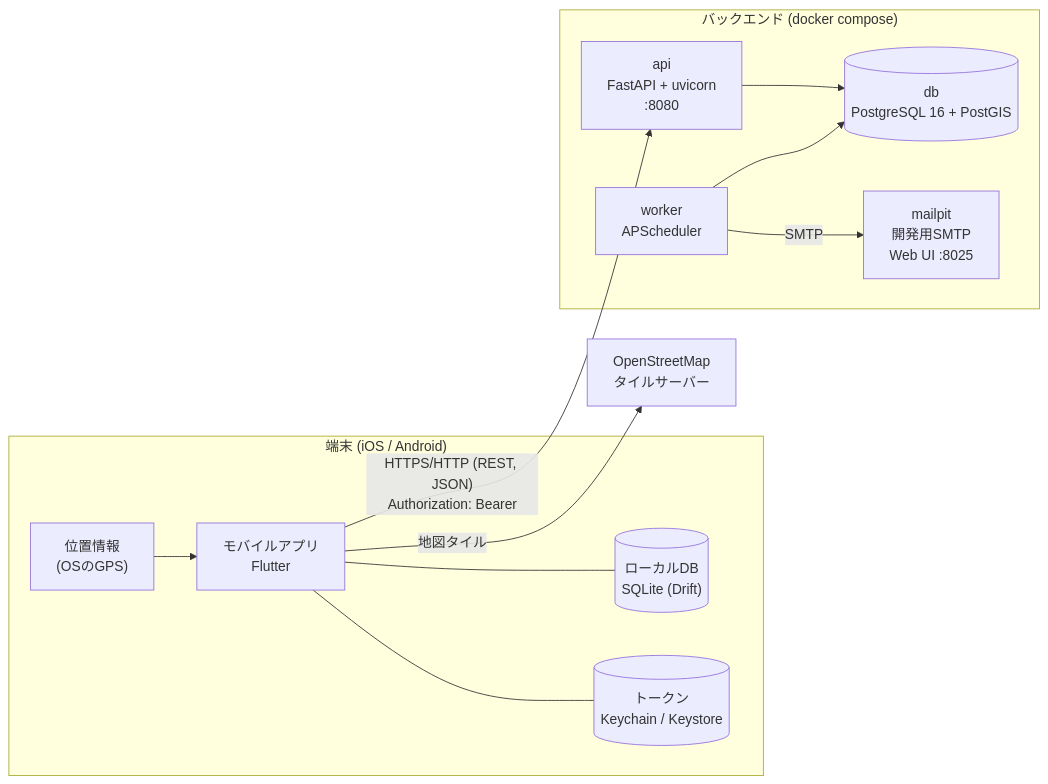
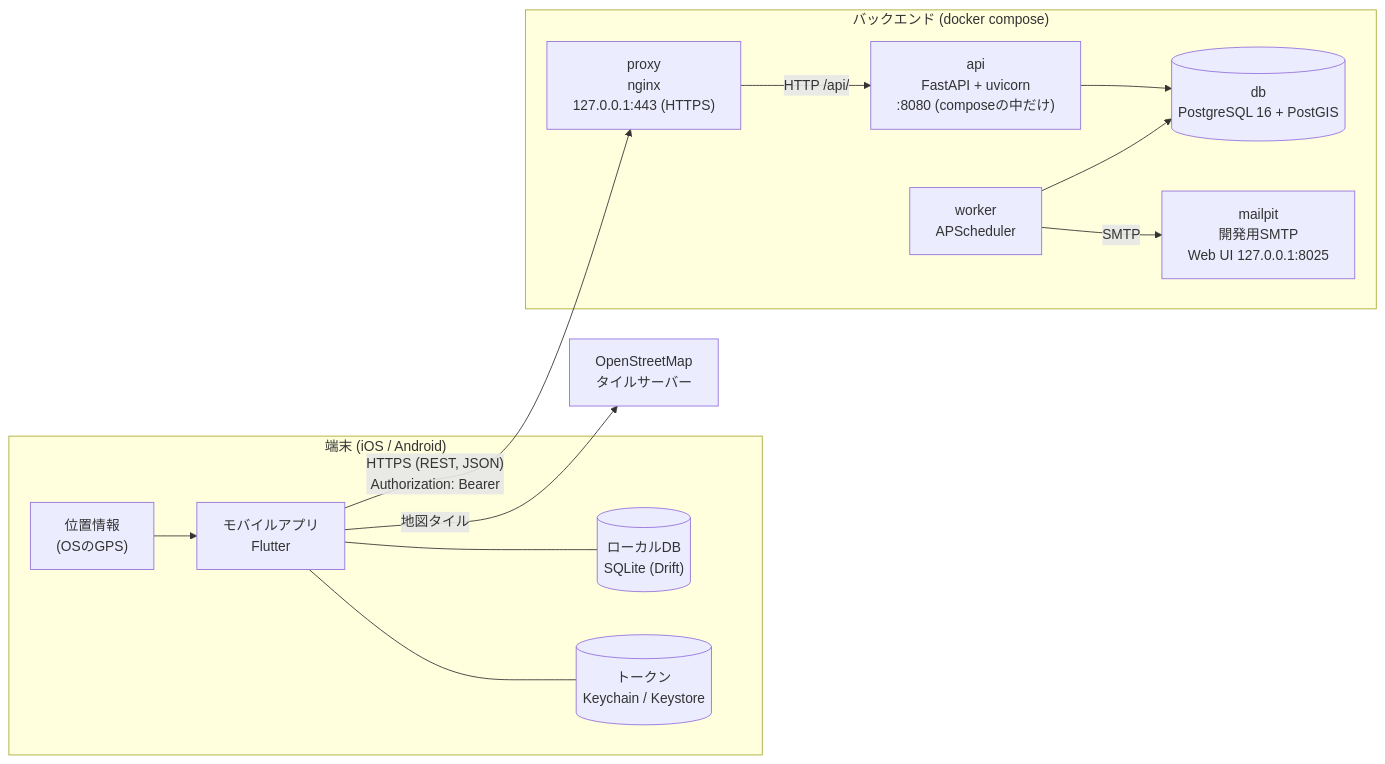
Before and after one commit to Yoshinori-Oda/osampo-tracker-public: the first of 2 diagrams in docs/basic-design/system-overview.md, drawn with Mermaid. The commit also changed other lines of this file and 6 other files, not shown here.

````diff
--- a/docs/basic-design/system-overview.md
+++ b/docs/basic-design/system-overview.md
@@ -13,27 +13,29 @@
 ```mermaid
 flowchart LR
     subgraph device["端末 (iOS / Android)"]
         app["モバイルアプリ<br/>Flutter"]
         sqlite[("ローカルDB<br/>SQLite (Drift)")]
         secure[("トークン<br/>Keychain / Keystore")]
         gps["位置情報<br/>(OSのGPS)"]
         app --- sqlite
         app --- secure
         gps --> app
     end
 
     subgraph backend["バックエンド (docker compose)"]
-        api["api<br/>FastAPI + uvicorn<br/>:8080"]
+        proxy["proxy<br/>nginx<br/>127.0.0.1:443 (HTTPS)"]
+        api["api<br/>FastAPI + uvicorn<br/>:8080 (composeの中だけ)"]
         worker["worker<br/>APScheduler"]
         db[("db<br/>PostgreSQL 16 + PostGIS")]
-        mailpit["mailpit<br/>開発用SMTP<br/>Web UI :8025"]
+        mailpit["mailpit<br/>開発用SMTP<br/>Web UI 127.0.0.1:8025"]
+        proxy -- "HTTP /api/" --> api
         api --> db
         worker --> db
         worker -- SMTP --> mailpit
     end
 
     osm["OpenStreetMap<br/>タイルサーバー"]
 
-    app -- "HTTPS/HTTP (REST, JSON)<br/>Authorization: Bearer" --> api
+    app -- "HTTPS (REST, JSON)<br/>Authorization: Bearer" --> proxy
     app -- 地図タイル --> osm
 ```
````
